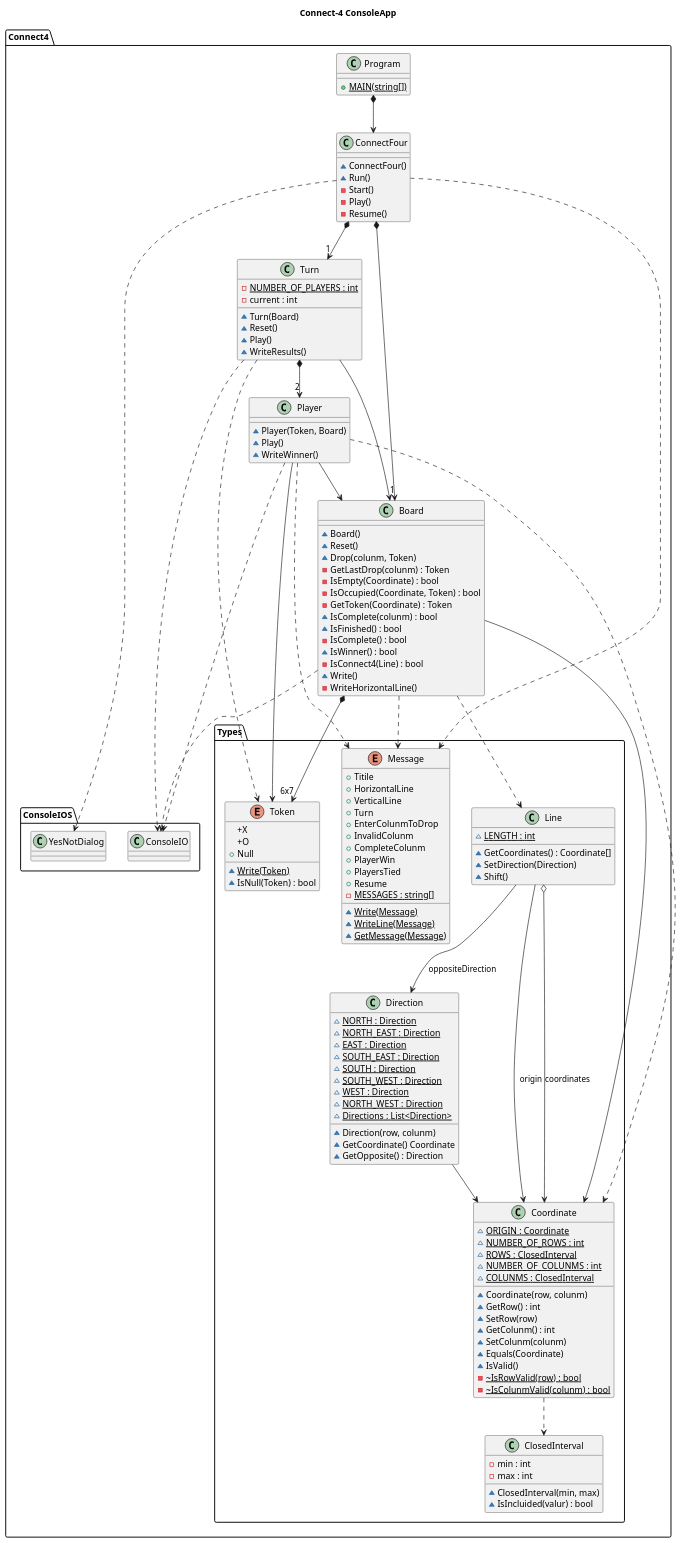
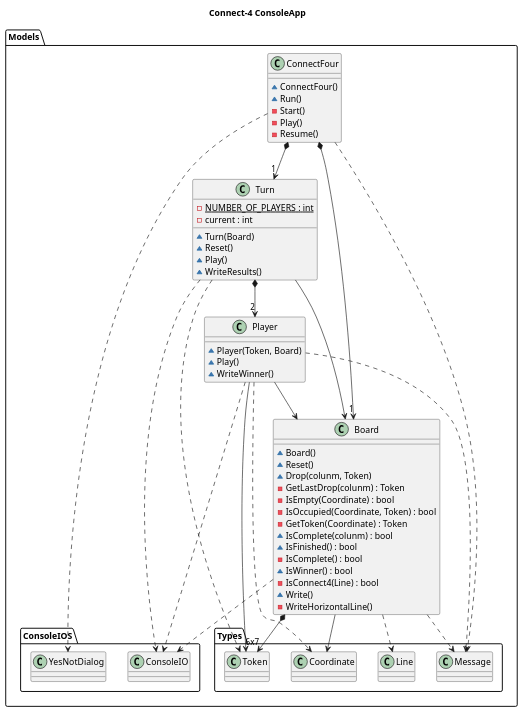
One commit to franpaulinoinfante/MasterSoftwareDevelopment changed the diagram in src/Connect4/DomainModel/Version2/Docs/Models.plantuml. Above: the diagram before and after it, drawn with PlantUML. The commit also changed 3 other files, not shown here.

```diff
--- a/src/Connect4/DomainModel/Version2/Docs/Models.plantuml
+++ b/src/Connect4/DomainModel/Version2/Docs/Models.plantuml
@@ -1,143 +1,62 @@
 @startuml ConnectFourConsoleApp
 title Connect-4 ConsoleApp
-namespace Connect4{
-    class Program{
-        +{static}MAIN(string[])
-    }
-    Program *--> ConnectFour
-
+namespace Models{
     class ConnectFour{
         ~ConnectFour()
         ~Run()
         -Start()
         -Play()
         -Resume()
     }
     ConnectFour *--> "1" Board
     ConnectFour *--> "1" Turn
     ConnectFour ..> Types.Message
     ConnectFour ..> ConsoleIOS.YesNotDialog
 
     class Board{
         ~Board()
         ~Reset()
         ~Drop(colunm, Token)
         -GetLastDrop(colunm) : Token
         -IsEmpty(Coordinate) : bool
         -IsOccupied(Coordinate, Token) : bool
         -GetToken(Coordinate) : Token
         ~IsComplete(colunm) : bool
         ~IsFinished() : bool
         -IsComplete() : bool
         ~IsWinner() : bool
         -IsConnect4(Line) : bool
         ~Write()
         -WriteHorizontalLine()
     }
     Board *--> "6x7" Types.Token
     Board --> Types.Coordinate
     Board ..> Types.Line
     Board ..> Types.Message
     Board ..> ConsoleIOS.ConsoleIO
 
     class Turn{
         -{static}NUMBER_OF_PLAYERS : int
         -current : int
         ~Turn(Board)
         ~Reset()
         ~Play()
         ~WriteResults()
     }
     Turn *--> "2" Player
     Turn --> Board
     Turn ..> Types.Token
     Turn ..> ConsoleIOS.ConsoleIO
 
     class Player{
         ~Player(Token, Board)
         ~Play()
         ~WriteWinner()
     }
     Player --> Types.Token
     Player --> Board
     Player ..> Types.Message
     Player ..> Types.Coordinate
     Player ..> ConsoleIOS.ConsoleIO
-
-    class Types.Coordinate{
-        ~{static}ORIGIN : Coordinate
-        ~{static}NUMBER_OF_ROWS : int
-        ~{static}ROWS : ClosedInterval
-        ~{static}NUMBER_OF_COLUNMS : int
-        ~{static}COLUNMS : ClosedInterval
-        ~Coordinate(row, colunm)
-        ~GetRow() : int
-        ~SetRow(row)
-        ~GetColunm() : int
-        ~SetColunm(colunm)
-        ~Equals(Coordinate)
-        ~IsValid()
-        -~{static}IsRowValid(row) : bool
-        -~{static}IsColunmValid(colunm) : bool
-    }
-    Types.Coordinate ..> Types.ClosedInterval
-
-    class Types.ClosedInterval{
-        -min : int
-        -max : int
-        ~ClosedInterval(min, max)
-        ~IsIncluided(valur) : bool
-    }
-
-    class Types.Direction{
-        ~{static}NORTH : Direction
-        ~{static}NORTH_EAST : Direction
-        ~{static}EAST : Direction
-        ~{static}SOUTH_EAST : Direction
-        ~{static}SOUTH : Direction
-        ~{static}SOUTH_WEST : Direction
-        ~{static}WEST : Direction
-        ~{static}NORTH_WEST : Direction
-        ~Direction(row, colunm)
-        ~GetCoordinate() Coordinate
-        ~GetOpposite() : Direction
-        ~{static}Directions : List<Direction>
-    }
-    Types.Direction --> Types.Coordinate
-
-    class Types.Line {
-        ~{static}LENGTH : int
-        ~GetCoordinates() : Coordinate[]
-        ~SetDirection(Direction)
-        ~Shift()
-    }
-    Types.Line --> Types.Coordinate : origin
-    Types.Line o--> Types.Coordinate : coordinates
-    Types.Line --> Types.Direction : oppositeDirection
-
-    enum Types.Message{
-        +Titile
-        +HorizontalLine
-        +VerticalLine
-        +Turn
-        +EnterColunmToDrop
-        +InvalidColunm
-        +CompleteColunm
-        +PlayerWin
-        +PlayersTied
-        +Resume    
-        -{static}MESSAGES : string[]
-        ~{static}Write(Message)
-        ~{static}WriteLine(Message)
-        ~{static}GetMessage(Message)
-    }
-
-    enum Types.Token{
-        +X
-        +O
-        +Null        
-        ~{static}Write(Token)
-        ~IsNull(Token) : bool
-    }
 }
 @enduml
```
